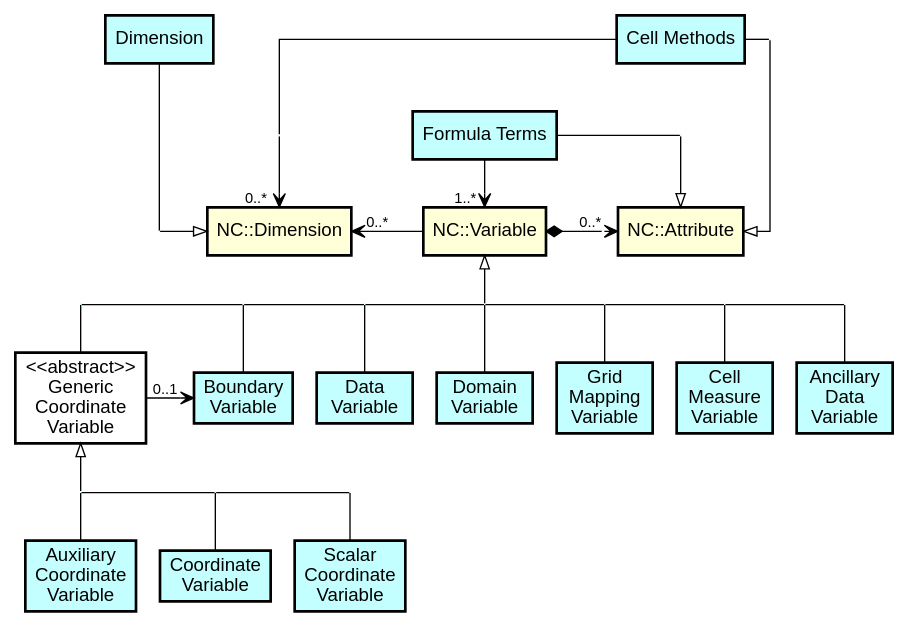
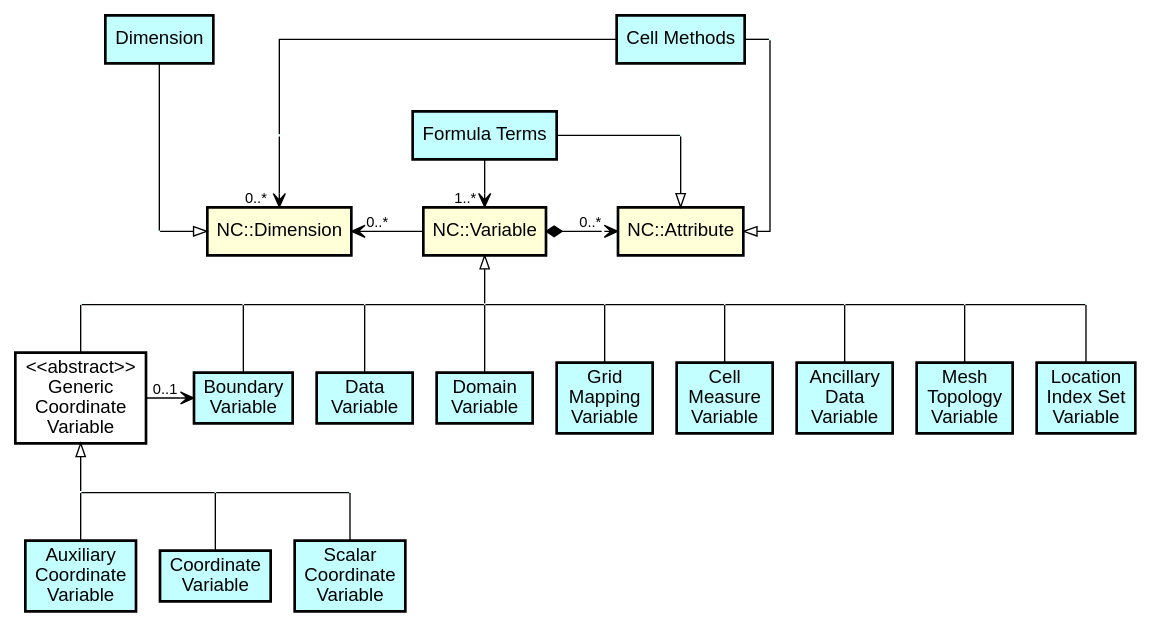
One commit to cf-convention/cf-conventions changed the diagram in images/cfdm_cf_concepts.gv. Above: the diagram before and after it, drawn with Graphviz. The commit also changed 8 other files, not shown here.

```diff
--- a/images/cfdm_cf_concepts.gv
+++ b/images/cfdm_cf_concepts.gv
@@ -1,143 +1,151 @@
 # ====================================================================
 # Source code for cfdm_cf_concepts.svg
 #
 # cfdm_cf_concepts.svg created with:
 #
-# $ dot -T svg cfdm_cf_concepts.gv cfdm_cf_concepts.svg
+# $ dot -T svg cfdm_cf_concepts.gv -o cfdm_cf_concepts.svg
 # ====================================================================
 
 digraph {splines=ortho nodesep="+0.25"
 
 # --------------------------------------------------------------------
 # NetCDF variables
 # --------------------------------------------------------------------
 node [
      style="filled,bold"
      shape=rectangle
      fillcolor="#FFFFD8"
      width=1.0
      height=0.5
      fontname="Arial"
      ]
 
 NetCDFDimension [label="NC::Dimension"]
 NetCDFVariable [label="NC::Variable"]
 NetCDFAttribute [label="NC::Attribute"]
 
 # --------------------------------------------------------------------
 # CF-netCDF elements
 # --------------------------------------------------------------------
 node [
      style="filled,bold"
      shape=rectangle
      fillcolor="#C3FFFF"
      width=1.0
      height=0.5
      fontname="Arial"
      ]
 
 GenericCoordinate [
      label="<<abstract>>\nGeneric\nCoordinate\nVariable"
      fillcolor=white
      ]
 
 Dimension [label="Dimension"]
 CellMethods [label="Cell Methods"]
 FormulaTerms [label="Formula Terms"]
 AuxiliaryCoordinate [label="Auxiliary\nCoordinate\nVariable"]
 Coordinate [label="Coordinate\nVariable"]
 ScalarCoordinate [label="Scalar\nCoordinate\nVariable"]
 Data [label="Data\nVariable"]
 Domain [label="Domain\nVariable"]
 CellMeasure [label="Cell\nMeasure\nVariable"]
 AncillaryData [label="Ancillary\nData\nVariable"]
 BoundaryVariable [label="Boundary\nVariable"]
 GridMapping [label="Grid\nMapping\nVariable"]
+MeshTopology [label="Mesh\nTopology\nVariable"]
+LocationIndexSet [label="Location\nIndex Set\nVariable"]
 
 # --------------------------------------------------------------------
 # Invisible nodes used to aid in layout
 # --------------------------------------------------------------------
 node [
      width=0
      height=0
      size=fixed
      shape=none
      label=""
      ]
 route1
 route2
 route3
 route4
 route5
 route6
 route7
 route8
 route9
 route10
 route11
 route12
 route13
 route14
+route15
+route16
 
 edge [arrowtail=none
       arrowhead=none
       dir=both
       arrowsize=1.0
       fontname="Arial"
       labelfontsize=11.0
       ]
 
 Dimension -> route3 []
 route3 -> NetCDFDimension [arrowhead=empty minlen=2]
 CellMethods -> route1 []
 route1 -> NetCDFDimension [arrowhead=vee headlabel="0..*   " weight=100]
 CellMethods -> route2 []
 route2 -> NetCDFAttribute [arrowhead=empty]
 
 {rank=same; Dimension, route2, CellMethods}
 
 NetCDFDimension -> NetCDFVariable [arrowtail=vee minlen=3 taillabel="    0..*"]
 NetCDFVariable -> NetCDFAttribute [arrowtail=vee arrowhead=diamond minlen=3 taillabel="0..*    "]
 {rank=same; route3, NetCDFDimension, NetCDFVariable, NetCDFAttribute}
 
 FormulaTerms -> NetCDFVariable [arrowhead=vee weight=100 headlabel="1..*  "]
 FormulaTerms -> route11 []
 route11 -> NetCDFAttribute [arrowhead=empty weight=100]
 {rank=same; route1, route11, FormulaTerms}
 
 NetCDFVariable -> route7 [arrowtail=empty weight=100]
 route7 -> Domain [weight=100]
 GenericCoordinate -> route4 [weight=100]
 route4 -> route5 []
 route5 -> BoundaryVariable [weight=100]
 route5 -> route6 []
 route6 -> Data []
 route6 -> route7 []
 route7 -> route8 []
 GridMapping -> route8 [weight=100]
 route8 -> route9 []
 route9 -> CellMeasure [weight=100]
 route9 -> route10 []
 route10 -> AncillaryData [weight=100]
+route10 -> route15 []
+route15 -> MeshTopology [weight=100]
+route15 -> route16 []
+route16 -> LocationIndexSet [weight=100]
 
-{rank=same; route4, route5, route6, route7, route8, route9, route10}
+{rank=same; route4, route5, route6, route7, route8, route9, route10, route15, route16}
 {rank=same; GenericCoordinate, BoundaryVariable, Data, Domain, CellMeasure, AncillaryData GridMapping}
 
 GenericCoordinate -> BoundaryVariable [arrowhead=vee arrowtail=none minlen=2 headlabel="0..1    "]
 
 GenericCoordinate -> route12 [arrowtail=empty weight=100]
 route12 -> AuxiliaryCoordinate [weight=100]
 route12 -> route13 []
 route13 -> Coordinate []
 route13 -> route14 []
 route14 -> ScalarCoordinate [weight=100]
 
 {rank=same; route12, route13, route14}
 {rank=same; AuxiliaryCoordinate, Coordinate, ScalarCoordinate}
 
 # --------------------------------------------------------------------
 # Invisible edges used to aid in layout
 # --------------------------------------------------------------------
 CellMethods -> route11 [style=invis weight=100]
 
 }
```
